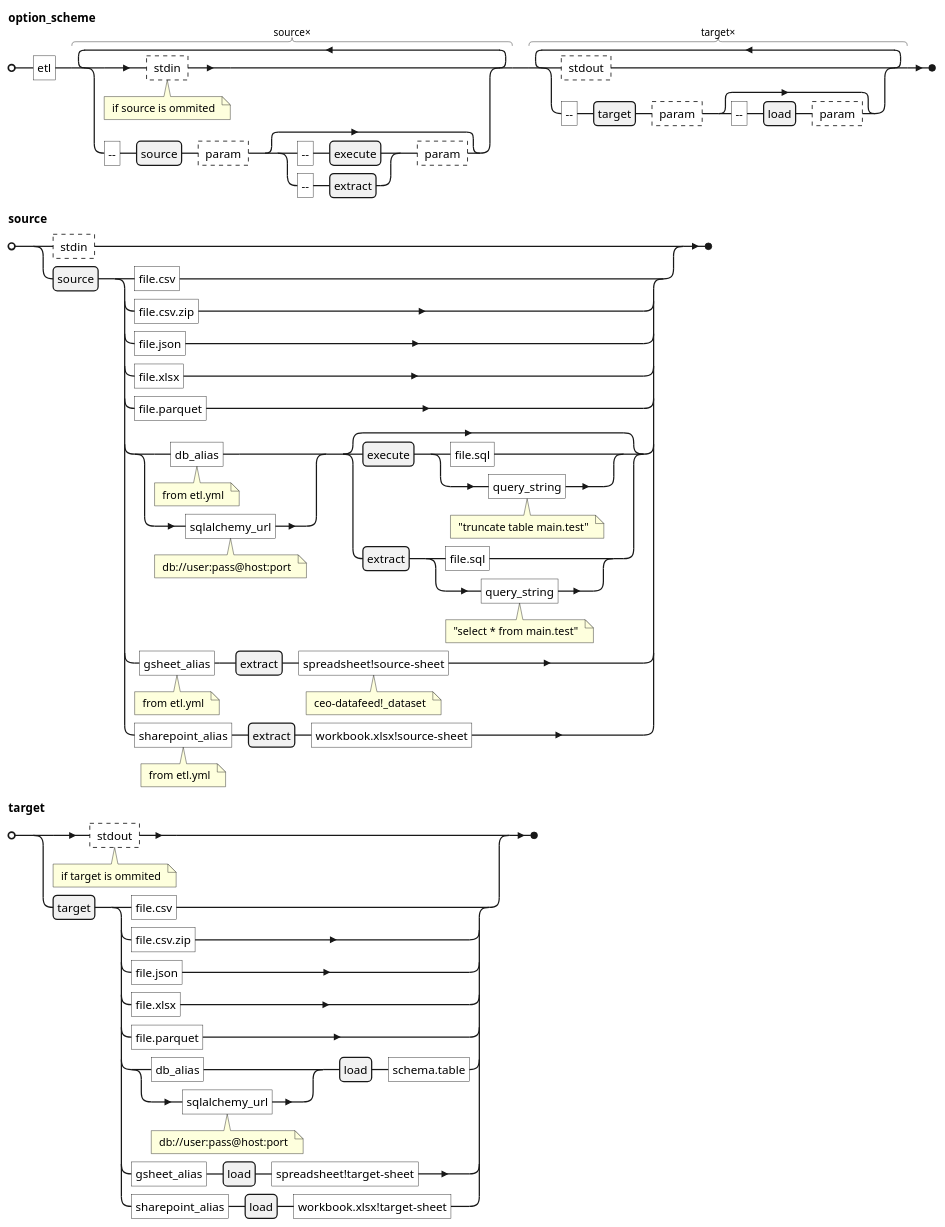
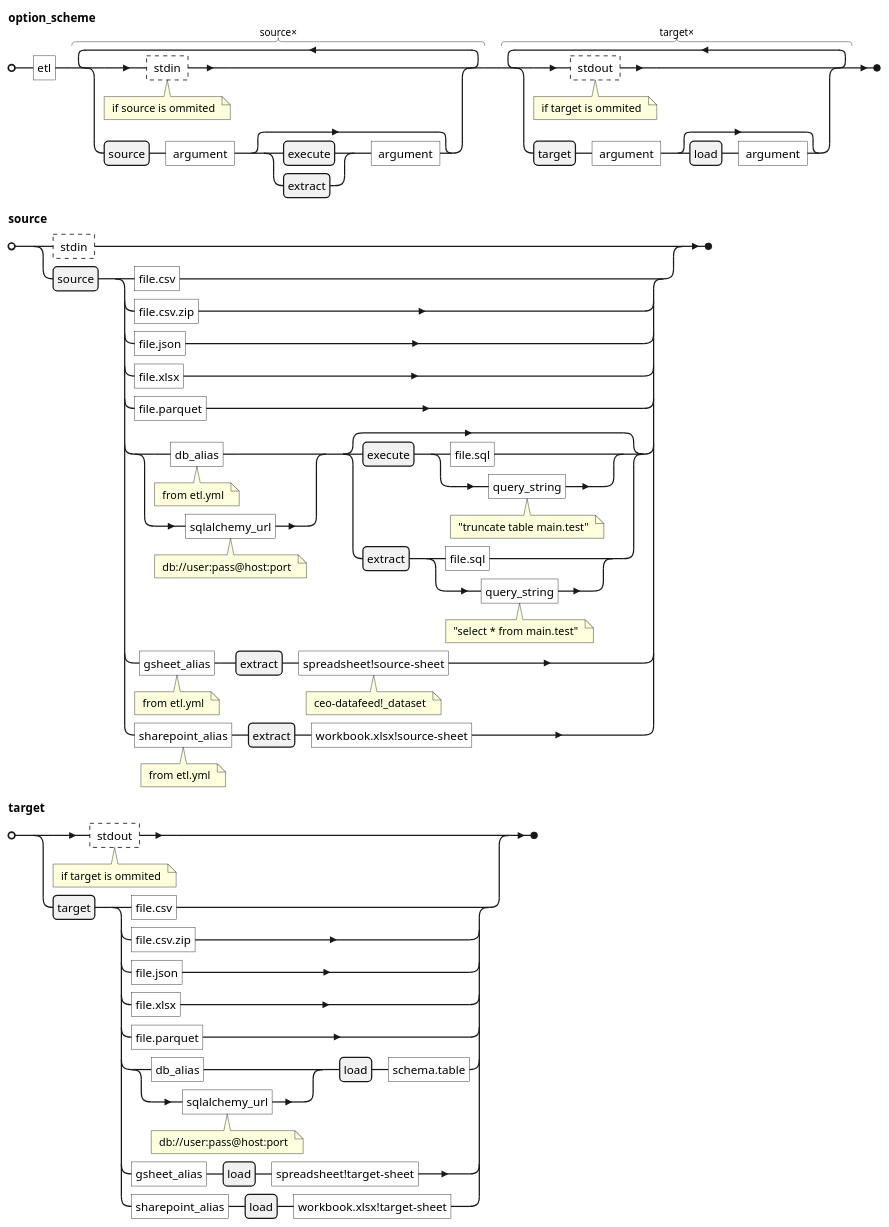
One commit to ankiano/etl changed the diagram in options-scheme.puml. Above: the diagram before and after it, drawn with PlantUML. The commit also changed 1 other file, not shown here.

```diff
--- a/options-scheme.puml
+++ b/options-scheme.puml
@@ -1,52 +1,51 @@
 @startebnf
 option_scheme = "etl", 
       source * ( 
         ? stdin ? (* if source is ommited *)
-      | "--", source, ? param ?, 
+      | source, " argument ", 
             [ 
             (
-              "--", execute
-            | "--", extract 
-            ), ? param ?
+              execute
+            | extract 
+            ), " argument "
             ] 
       ), 
       target * ( 
-        ? stdout ? 
-      | "--", target, ? param ?, 
+        ? stdout ? (* if target is ommited *)
+      | target, " argument ", 
             [ 
-              "--", load, ? param ?
+              load, " argument "
             ] 
       );
-      
 source = ( 
         ? stdin ?
       | ( source, ( 
             "file.csv" 
           | "file.csv.zip" 
           | "file.json" 
           | "file.xlsx" 
           | "file.parquet" 
           | ( "db_alias"  (* from etl.yml *) | "sqlalchemy_url" (* db://user:pass@host:port *) ),
             [ 
               ( execute, ( "file.sql" | "query_string" (* "truncate table main.test" *) ) ) 
             | ( extract, ( "file.sql" | "query_string" (* "select * from main.test" *) ) ) 
             ] 
           | "gsheet_alias" (* from etl.yml *), extract, "spreadsheet!source-sheet" (* ceo-datafeed!_dataset *)
           | "sharepoint_alias" (* from etl.yml *), extract, "workbook.xlsx!source-sheet"
         ) )
       );
 target =
         ( 
           ? stdout ? (* if target is ommited *)
         | ( target, ( 
               "file.csv"
             | "file.csv.zip" 
             | "file.json" 
             | "file.xlsx" 
             | "file.parquet" 
             | ( "db_alias" | "sqlalchemy_url" (* db://user:pass@host:port *) ), load, "schema.table"
             | "gsheet_alias", load, "spreadsheet!target-sheet" 
             | "sharepoint_alias", load, "workbook.xlsx!target-sheet"
           ) )
         );
 @endebnf
```
